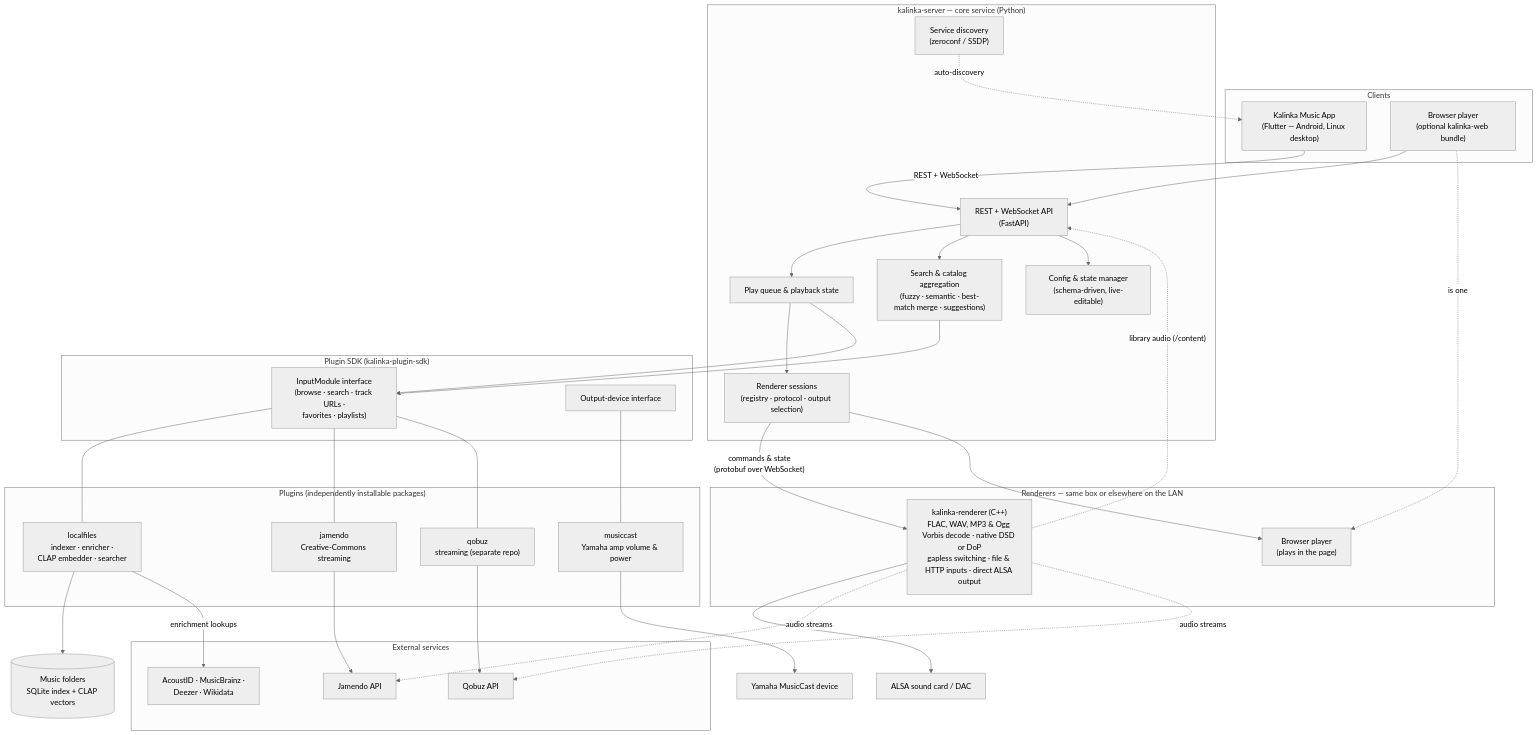
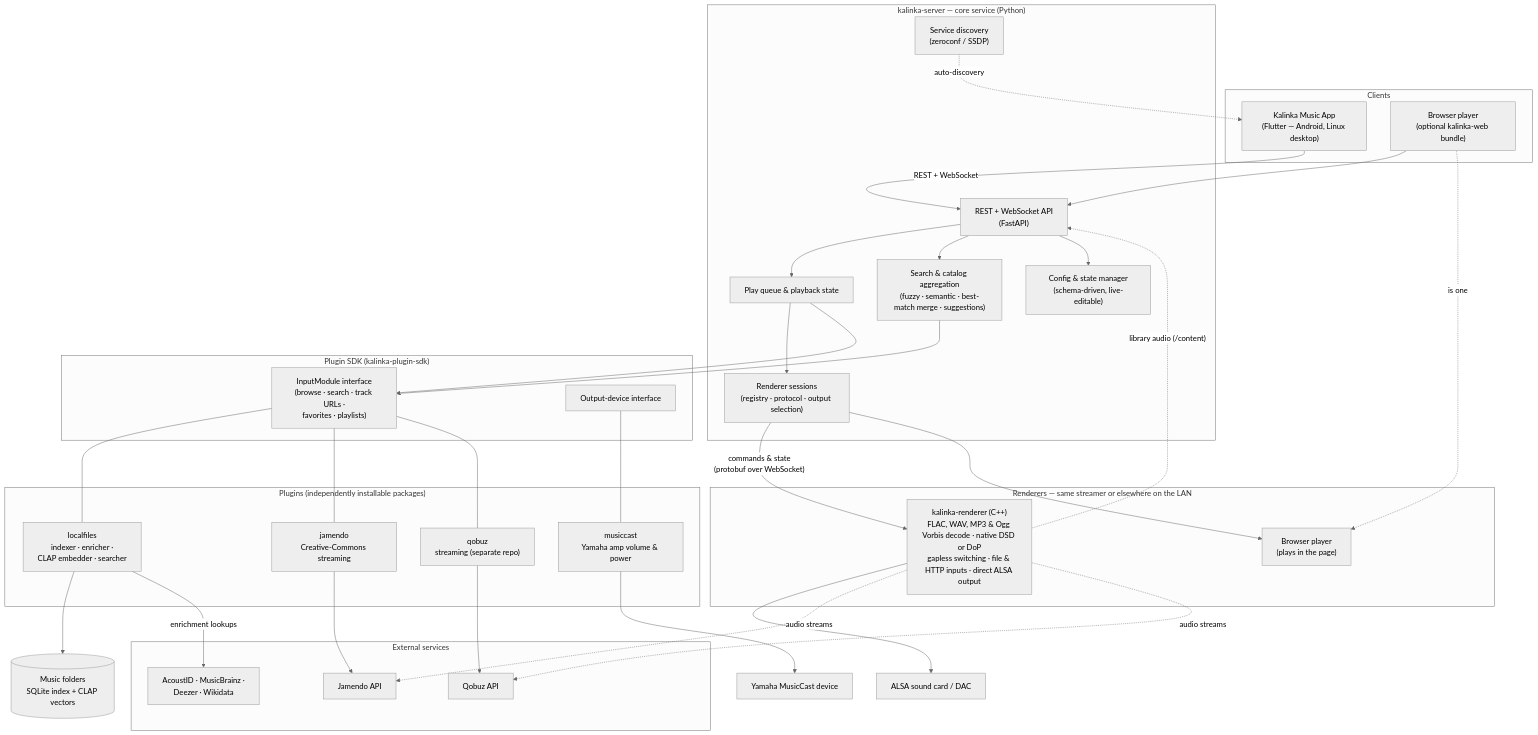
One commit to Kalinka-Player/KalinkaPlayer changed the diagram in docs/what-is-kalinka.md. Above: the diagram before and after it, drawn with Mermaid (neutral theme). The commit also changed other lines of this file and 6 other files, not shown here.

````diff
--- a/docs/what-is-kalinka.md
+++ b/docs/what-is-kalinka.md
@@ -52,72 +52,72 @@
 ```mermaid
 flowchart TD
     subgraph CLIENTS["Clients"]
         APP["Kalinka Music App<br/>(Flutter — Android, Linux desktop)"]
         WEB["Browser player<br/>(optional kalinka-web bundle)"]
     end
 
     subgraph CORE["kalinka-server — core service (Python)"]
         API["REST + WebSocket API<br/>(FastAPI)"]
         DISC["Service discovery<br/>(zeroconf / SSDP)"]
         QUEUE["Play queue &amp; playback state"]
         SEARCH["Search &amp; catalog aggregation<br/>(fuzzy · semantic · best-match merge · suggestions)"]
         CONF["Config &amp; state manager<br/>(schema-driven, live-editable)"]
         RSESS["Renderer sessions<br/>(registry · protocol · output selection)"]
     end
 
-    subgraph RENDERERS["Renderers — same box or elsewhere on the LAN"]
+    subgraph RENDERERS["Renderers — same streamer or elsewhere on the LAN"]
         NATIVE["kalinka-renderer (C++)<br/>FLAC, WAV, MP3 &amp; Ogg Vorbis decode · native DSD or DoP<br/>gapless switching · file &amp; HTTP inputs · direct ALSA output"]
         BROWSER["Browser player<br/>(plays in the page)"]
     end
 
     subgraph SDK["Plugin SDK (kalinka-plugin-sdk)"]
         IM["InputModule interface<br/>(browse · search · track URLs ·<br/>favorites · playlists)"]
         OD["Output-device interface"]
     end
 
     subgraph PLUGINS["Plugins (independently installable packages)"]
         LF["localfiles<br/>indexer · enricher ·<br/>CLAP embedder · searcher"]
         JAM["jamendo<br/>Creative-Commons streaming"]
         QOB["qobuz<br/>streaming (separate repo)"]
         MC["musiccast<br/>Yamaha amp volume &amp; power"]
     end
 
     subgraph EXT["External services"]
         META["AcoustID · MusicBrainz ·<br/>Deezer · Wikidata"]
         JAPI["Jamendo API"]
         QAPI["Qobuz API"]
     end
 
     FILES[("Music folders<br/>SQLite index + CLAP vectors")]
     DAC["ALSA sound card / DAC"]
     AMP["Yamaha MusicCast device"]
 
     APP -->|"REST + WebSocket"| API
     WEB --> API
     DISC -.->|"auto-discovery"| APP
 
     API --> QUEUE
     API --> SEARCH
     API --> CONF
     QUEUE --> RSESS
     RSESS -->|"commands &amp; state<br/>(protobuf over WebSocket)"| NATIVE
     RSESS --> BROWSER
     WEB -.->|"is one"| BROWSER
     NATIVE --> DAC
 
     SEARCH --> IM
     QUEUE --> IM
     IM --- LF
     IM --- JAM
     IM --- QOB
     OD --- MC
 
     LF --> FILES
     LF -->|"enrichment lookups"| META
     JAM --> JAPI
     QOB --> QAPI
     NATIVE -.->|"library audio (/content)"| API
     NATIVE -.->|"audio streams"| JAPI
     NATIVE -.->|"audio streams"| QAPI
     MC --> AMP
 ```
````
